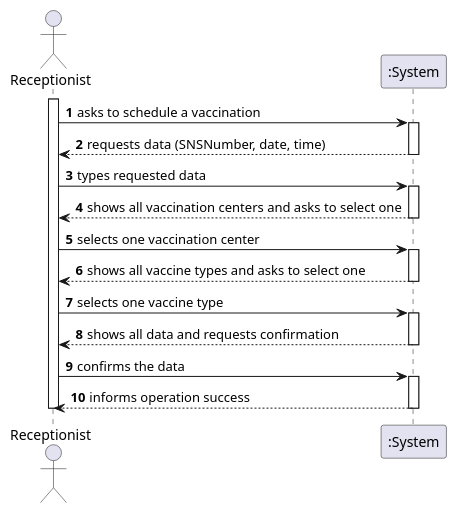
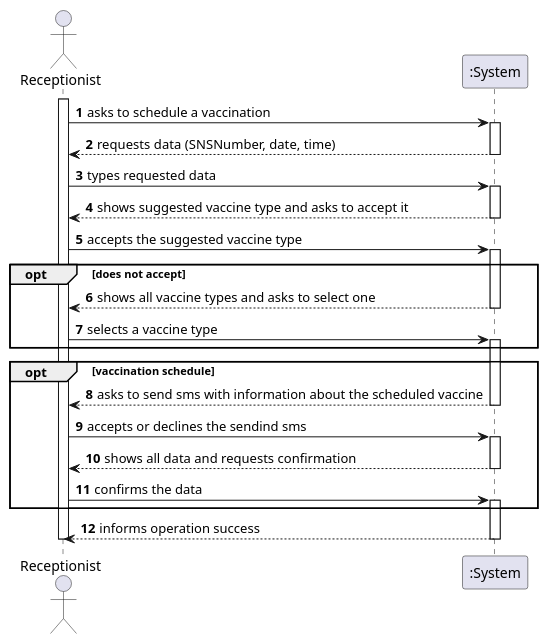
Before and after one commit to miseEnPlace-i/lapr2: the diagram in docs/SprintC/US02/SSD/US02_SSD.puml, drawn with PlantUML. The commit also changed 1 other file, not shown here.

```diff
--- a/docs/SprintC/US02/SSD/US02_SSD.puml
+++ b/docs/SprintC/US02/SSD/US02_SSD.puml
@@ -1,32 +1,41 @@
 @startuml US02_SSD
 autonumber
 actor "Receptionist" as Recept
 
 activate Recept
 Recept -> ":System" : asks to schedule a vaccination
 activate ":System"
 ":System" --> Recept : requests data (SNSNumber, date, time)
 deactivate ":System"
 Recept -> ":System" : types requested data
 activate ":System"
 
-":System" --> Recept : shows all vaccination centers and asks to select one
+":System" --> Recept : shows suggested vaccine type and asks to accept it
 deactivate ":System"
-Recept -> ":System" : selects one vaccination center
+Recept -> ":System" : accepts the suggested vaccine type
 activate ":System"
 
+opt does not accept
 ":System" --> Recept : shows all vaccine types and asks to select one
 deactivate ":System"
-Recept -> ":System" : selects one vaccine type
+Recept -> ":System" : selects a vaccine type
+activate ":System"
+end
+
+opt vaccination schedule
+":System" --> Recept : asks to send sms with information about the scheduled vaccine 
+deactivate ":System"
+Recept -> ":System" : accepts or declines the sendind sms
 activate ":System"
 
 ":System" --> Recept : shows all data and requests confirmation
 deactivate ":System"
 Recept -> ":System" : confirms the data
 activate ":System"
+end
 ":System" --> Recept : informs operation success
 deactivate ":System"
 
 deactivate Recept
 
 @enduml
```
